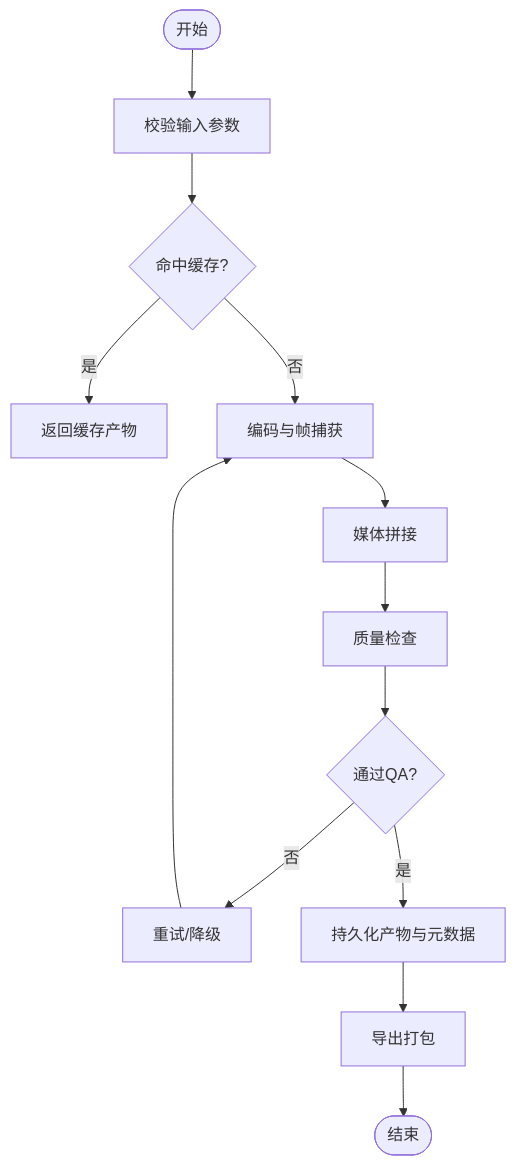
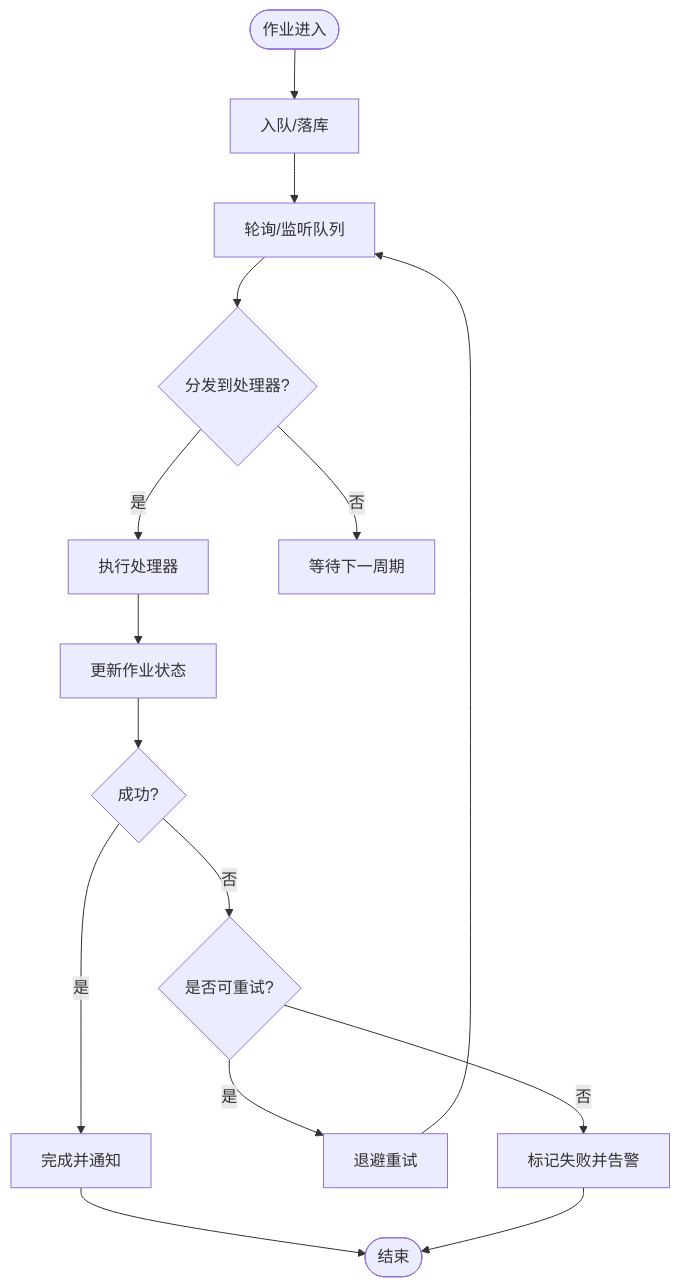
Before and after one commit to scottcwy/PurpleInk: the fourth of 10 diagrams in .qoder/repowiki/zh/content/架构设计/架构设计.md, drawn with Mermaid. The commit also changed other lines of this file and 872 other files, not shown here.

````diff
--- a/.qoder/repowiki/zh/content/架构设计/架构设计.md
+++ b/.qoder/repowiki/zh/content/架构设计/架构设计.md
@@ -331,15 +236,17 @@
 ```mermaid
 flowchart TD
-Start(["开始"]) --> Validate["校验输入参数"]
-Validate --> CheckCache{"命中缓存?"}
-CheckCache --> |是| ReturnCached["返回缓存产物"]
-CheckCache --> |否| Encode["编码与帧捕获"]
-Encode --> Assemble["媒体拼接"]
-Assemble --> QA["质量检查"]
-QA --> Pass{"通过QA?"}
-Pass --> |否| Retry["重试/降级"]
-Pass --> |是| Persist["持久化产物与元数据"]
-Persist --> Export["导出打包"]
-Export --> End(["结束"])
-Retry --> Encode
+Start(["作业进入"]) --> Enqueue["入队/落库"]
+Enqueue --> Poll["轮询/监听队列"]
+Poll --> Dispatch{"分发到处理器?"}
+Dispatch --> |是| Execute["执行处理器"]
+Dispatch --> |否| Wait["等待下一周期"]
+Execute --> UpdateState["更新作业状态"]
+UpdateState --> Success{"成功?"}
+Success --> |是| Complete["完成并通知"]
+Success --> |否| Retry{"是否可重试?"}
+Retry --> |是| Backoff["退避重试"]
+Retry --> |否| Fail["标记失败并告警"]
+Backoff --> Poll
+Complete --> End(["结束"])
+Fail --> End
 ```
````
